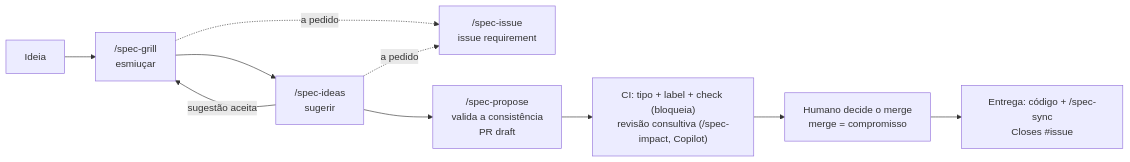
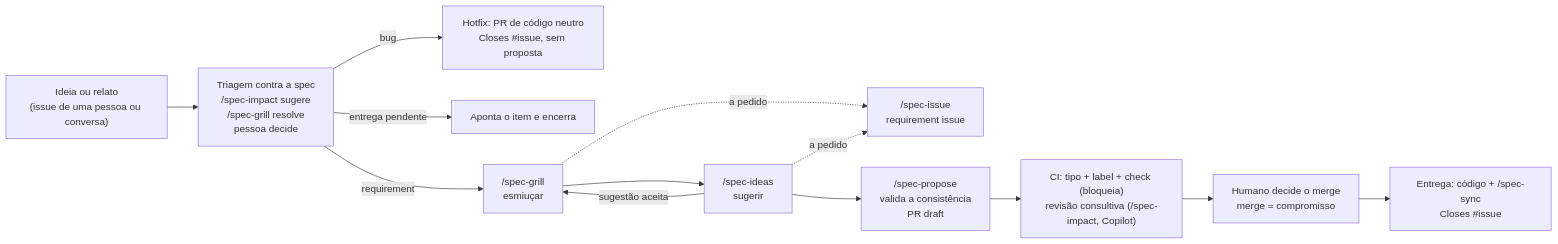
One commit to useful-toys/Tabularium changed the third of 3 diagrams in tabularium-docs/spec-flow.md. Above: the diagram before and after it, drawn with Mermaid. The commit also changed other lines of this file and 24 other files, not shown here.

First line of the commit message:
Definição do tabularium: requirement issue com triagem, corpo vivo e histórico em comentários

````diff
--- a/tabularium-docs/spec-flow.md
+++ b/tabularium-docs/spec-flow.md
@@ -208,12 +210,15 @@
 ```mermaid
 flowchart LR
-  I[Ideia] --> G["/spec-grill<br/>esmiuçar"]
+  I["Ideia ou relato<br/>(issue de uma pessoa ou conversa)"] --> T["Triagem contra a spec<br/>/spec-impact sugere<br/>/spec-grill resolve<br/>pessoa decide"]
+  T -- bug --> H["Hotfix: PR de código neutro<br/>Closes #issue, sem proposta"]
+  T -- entrega pendente --> Q["Aponta o item e encerra"]
+  T -- requirement --> G["/spec-grill<br/>esmiuçar"]
   G --> D["/spec-ideas<br/>sugerir"]
   D -- sugestão aceita --> G
-  G -. a pedido .-> S["/spec-issue<br/>issue requirement"]
+  G -. a pedido .-> S["/spec-issue<br/>requirement issue"]
   D -. a pedido .-> S
   D --> P["/spec-propose<br/>valida a consistência<br/>PR draft"]
   P --> R["CI: tipo + label + check (bloqueia)<br/>revisão consultiva (/spec-impact, Copilot)"]
   R --> A["Humano decide o merge<br/>merge = compromisso"]
   A --> E["Entrega: código + /spec-sync<br/>Closes #issue"]
 ```
````
